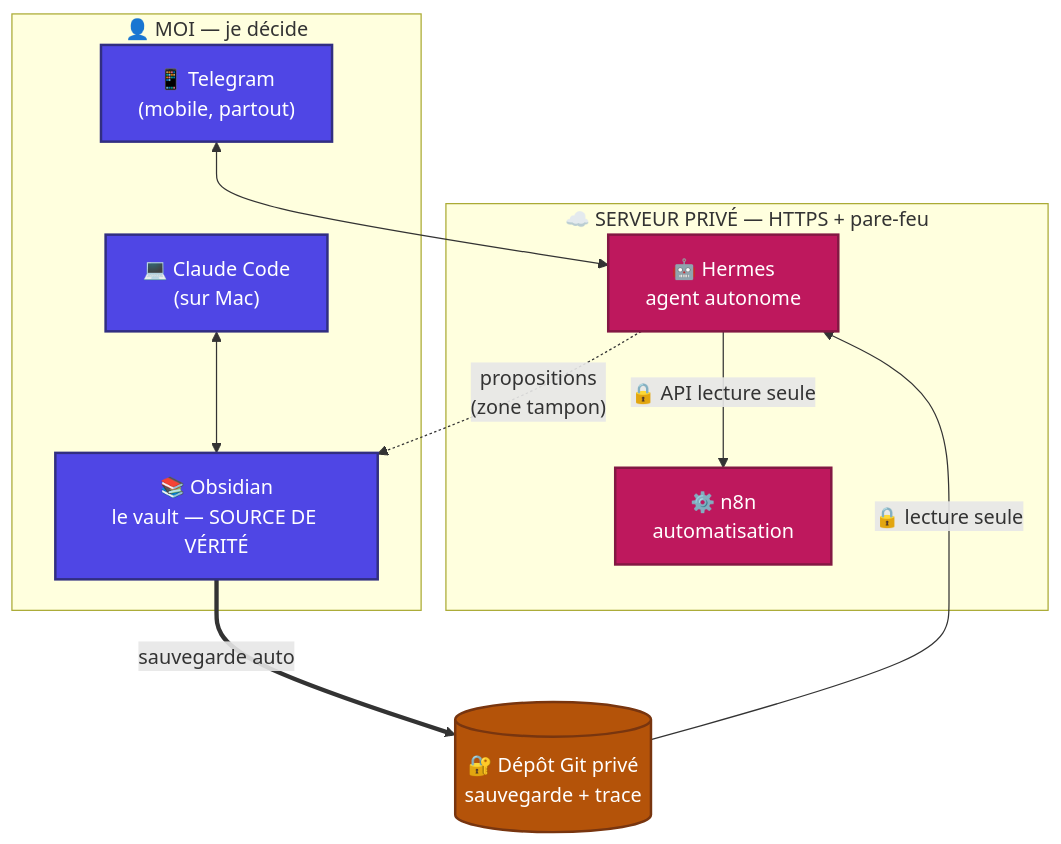
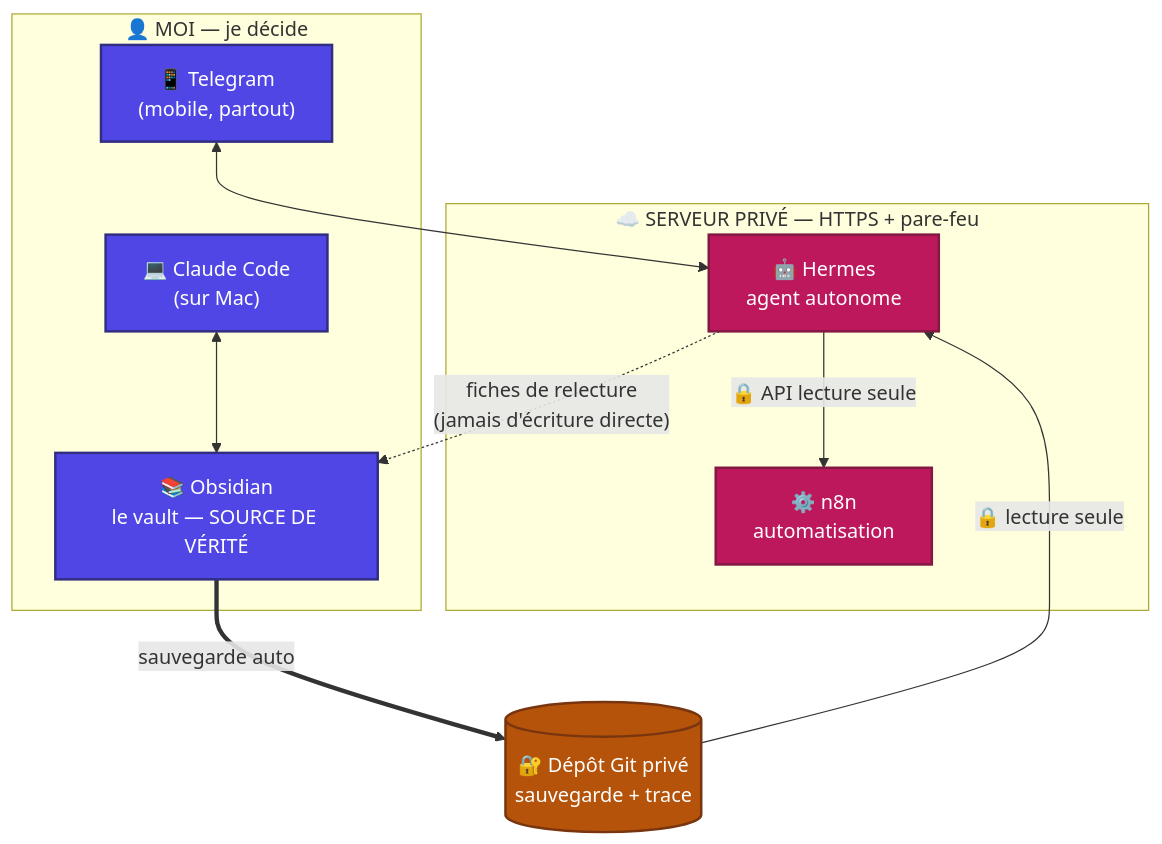
One commit to VincentG32/infra-ia-personnelle changed the second of 3 diagrams in README.md. Above: the diagram before and after it, drawn with Mermaid. The commit also changed other lines of this file and 4 other files, not shown here.

````diff
--- a/README.md
+++ b/README.md
@@ -72,31 +84,31 @@
 ```mermaid
 flowchart TB
     classDef humain fill:#4f46e5,color:#ffffff,stroke:#312e81,stroke-width:2px
     classDef serveur fill:#0f766e,color:#ffffff,stroke:#134e4a,stroke-width:2px
     classDef stockage fill:#b45309,color:#ffffff,stroke:#78350f,stroke-width:2px
     classDef agent fill:#be185d,color:#ffffff,stroke:#831843,stroke-width:2px
 
     subgraph Moi["👤 MOI — je décide"]
         TG["📱 Telegram<br/>(mobile, partout)"]
         OBS["📚 Obsidian<br/>le vault — SOURCE DE VÉRITÉ"]
         CC["💻 Claude Code<br/>(sur Mac)"]
     end
 
     subgraph VPS["☁️ SERVEUR PRIVÉ — HTTPS + pare-feu"]
         H["🤖 Hermes<br/>agent autonome"]
         N8N["⚙️ n8n<br/>automatisation"]
     end
 
     GH[("🔐 Dépôt Git privé<br/>sauvegarde + trace")]
 
     OBS == "sauvegarde auto" ==> GH
     GH -- "🔒 lecture seule" --> H
     TG <--> H
     H -- "🔒 API lecture seule" --> N8N
     CC <--> OBS
-    H -. "propositions<br/>(zone tampon)" .-> OBS
+    H -. "fiches de relecture<br/>(jamais d'écriture directe)" .-> OBS
 
     class TG,OBS,CC humain
     class H,N8N agent
     class GH stockage
 ```
````
